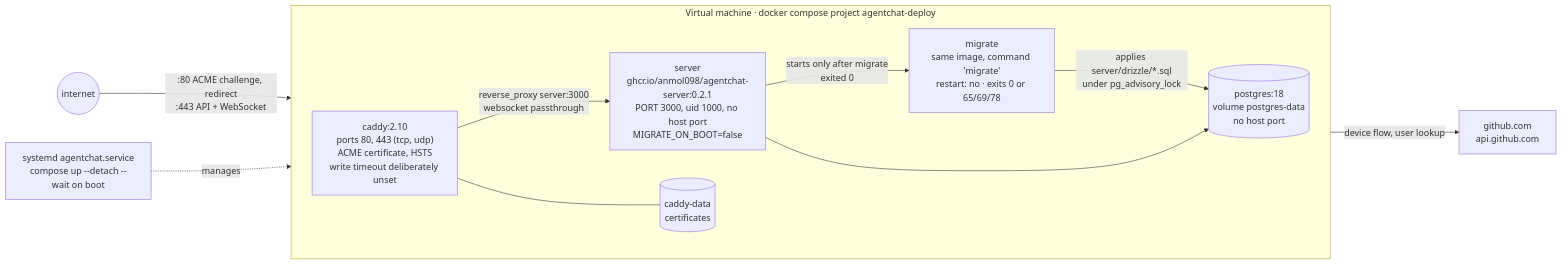
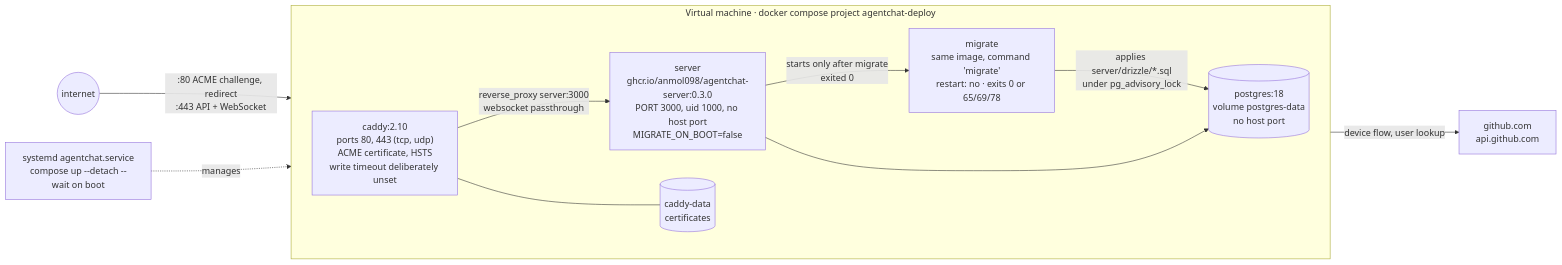
One commit to anmol098/agentchat changed the third of 16 diagrams in docs/system-design.md. Above: the diagram before and after it, drawn with Mermaid. The commit also changed other lines of this file and 16 other files, not shown here.

````diff
--- a/docs/system-design.md
+++ b/docs/system-design.md
@@ -124,20 +124,20 @@
 ```mermaid
 flowchart LR
   NET(("internet"))
   subgraph VM["Virtual machine · docker compose project agentchat-deploy"]
     direction LR
     CADDY["caddy:2.10<br/>ports 80, 443 (tcp, udp)<br/>ACME certificate, HSTS<br/>write timeout deliberately unset"]
     MIG["migrate<br/>same image, command 'migrate'<br/>restart: no · exits 0 or 65/69/78"]
-    SRV["server<br/>ghcr.io/anmol098/agentchat-server:0.2.1<br/>PORT 3000, uid 1000, no host port<br/>MIGRATE_ON_BOOT=false"]
+    SRV["server<br/>ghcr.io/anmol098/agentchat-server:0.3.0<br/>PORT 3000, uid 1000, no host port<br/>MIGRATE_ON_BOOT=false"]
     PG[("postgres:18<br/>volume postgres-data<br/>no host port")]
     CVOL[("caddy-data<br/>certificates")]
     CADDY -- "reverse_proxy server:3000<br/>websocket passthrough" --> SRV
     MIG -- "applies server/drizzle/*.sql<br/>under pg_advisory_lock" --> PG
     SRV -- "starts only after migrate<br/>exited 0" --> MIG
     SRV --> PG
     CADDY --- CVOL
   end
   NET -- ":80 ACME challenge, redirect<br/>:443 API + WebSocket" --> CADDY
   SRV -- "device flow, user lookup" --> GH["github.com<br/>api.github.com"]
   SYSD["systemd agentchat.service<br/>compose up --detach --wait on boot"] -. manages .-> VM
 ```
````
